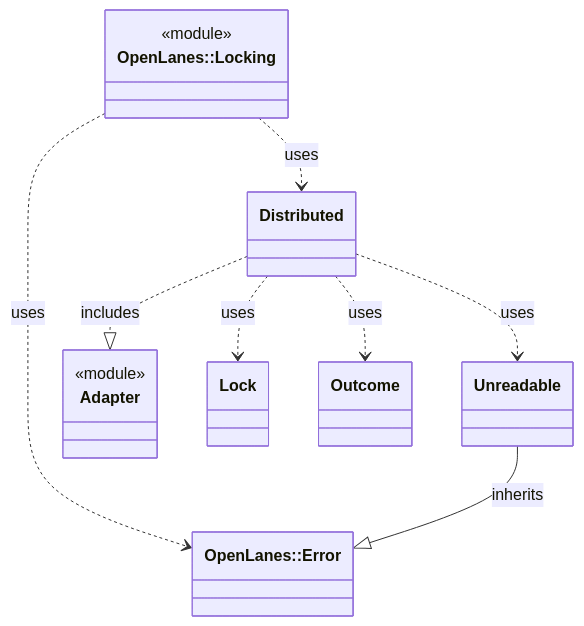
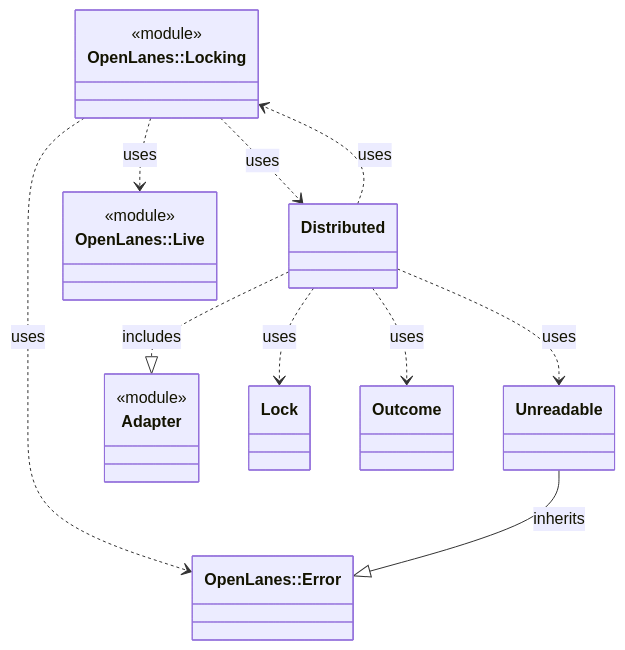
One commit to kigster/openlanes changed the diagram in docs/architecture/openlanes-locking.md. Above: the diagram before and after it, drawn with Mermaid. The commit also changed 11 other files, not shown here.

````diff
--- a/docs/architecture/openlanes-locking.md
+++ b/docs/architecture/openlanes-locking.md
@@ -5,19 +5,23 @@
 ```mermaid
 classDiagram
   class OpenLanes__Error["OpenLanes::Error"]
+  class OpenLanes__Live["OpenLanes::Live"]
+  <<module>> OpenLanes__Live
   class OpenLanes__Locking["OpenLanes::Locking"]
   <<module>> OpenLanes__Locking
   class OpenLanes__Locking__Adapter["Adapter"]
   <<module>> OpenLanes__Locking__Adapter
   class OpenLanes__Locking__Distributed["Distributed"]
   class OpenLanes__Locking__Lock["Lock"]
   class OpenLanes__Locking__Outcome["Outcome"]
   class OpenLanes__Locking__Unreadable["Unreadable"]
   OpenLanes__Locking ..> OpenLanes__Error : uses
+  OpenLanes__Locking ..> OpenLanes__Live : uses
   OpenLanes__Locking ..> OpenLanes__Locking__Distributed : uses
+  OpenLanes__Locking__Distributed ..> OpenLanes__Locking : uses
   OpenLanes__Locking__Distributed ..|> OpenLanes__Locking__Adapter : includes
   OpenLanes__Locking__Distributed ..> OpenLanes__Locking__Lock : uses
   OpenLanes__Locking__Distributed ..> OpenLanes__Locking__Outcome : uses
   OpenLanes__Locking__Distributed ..> OpenLanes__Locking__Unreadable : uses
   OpenLanes__Locking__Unreadable --|> OpenLanes__Error : inherits
 ```
````
